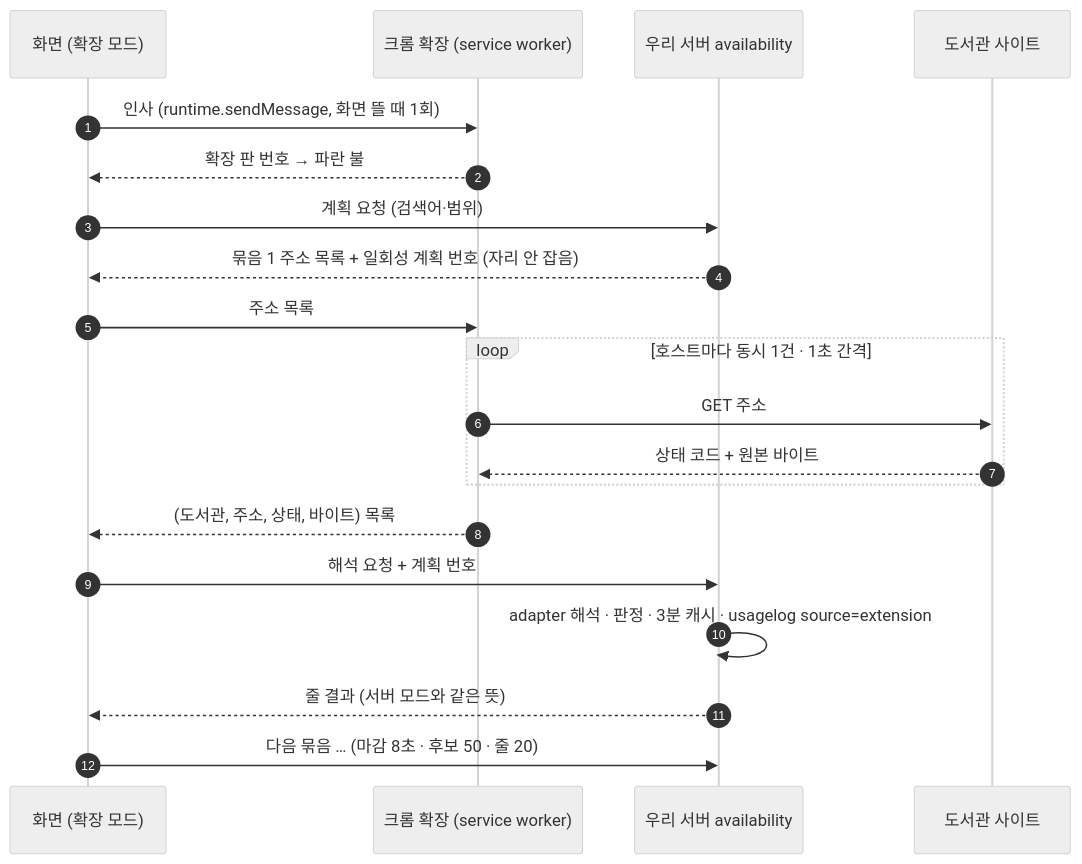
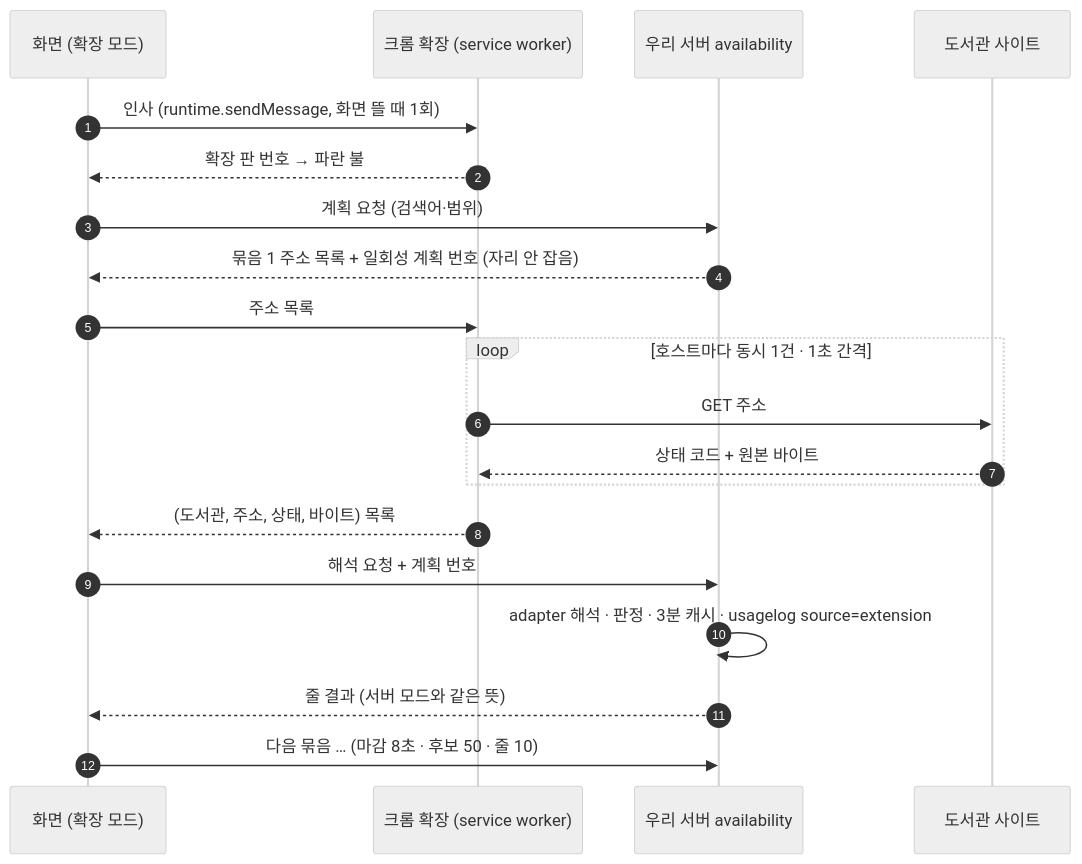
Before and after one commit to hodu-sketch/chaekcheck-plan: the second of 2 diagrams in docs/cycles/20-lookup-status-and-extension/flow.md, drawn with Mermaid (neutral theme). The commit also changed other lines of this file and 11 other files, not shown here.

````diff
--- a/docs/cycles/20-lookup-status-and-extension/flow.md
+++ b/docs/cycles/20-lookup-status-and-extension/flow.md
@@ -21,22 +21,22 @@
 ```mermaid
 sequenceDiagram
   autonumber
   participant W as 화면 (확장 모드)
   participant X as 크롬 확장 (service worker)
   participant A as 우리 서버 availability
   participant L as 도서관 사이트
   W->>X: 인사 (runtime.sendMessage, 화면 뜰 때 1회)
   X-->>W: 확장 판 번호 → 파란 불
   W->>A: 계획 요청 (검색어·범위)
   A-->>W: 묶음 1 주소 목록 + 일회성 계획 번호 (자리 안 잡음)
   W->>X: 주소 목록
   loop 호스트마다 동시 1건 · 1초 간격
     X->>L: GET 주소
     L-->>X: 상태 코드 + 원본 바이트
   end
   X-->>W: (도서관, 주소, 상태, 바이트) 목록
   W->>A: 해석 요청 + 계획 번호
   A->>A: adapter 해석 · 판정 · 3분 캐시 · usagelog source=extension
   A-->>W: 줄 결과 (서버 모드와 같은 뜻)
-  W->>A: 다음 묶음 … (마감 8초 · 후보 50 · 줄 20)
+  W->>A: 다음 묶음 … (마감 8초 · 후보 50 · 줄 10)
 ```
````
